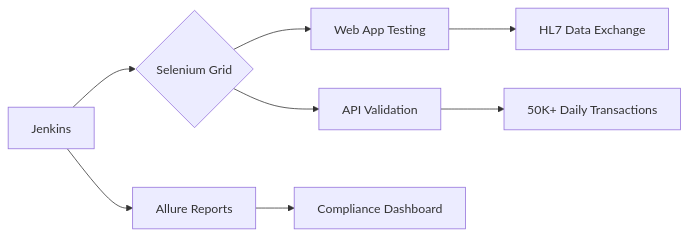
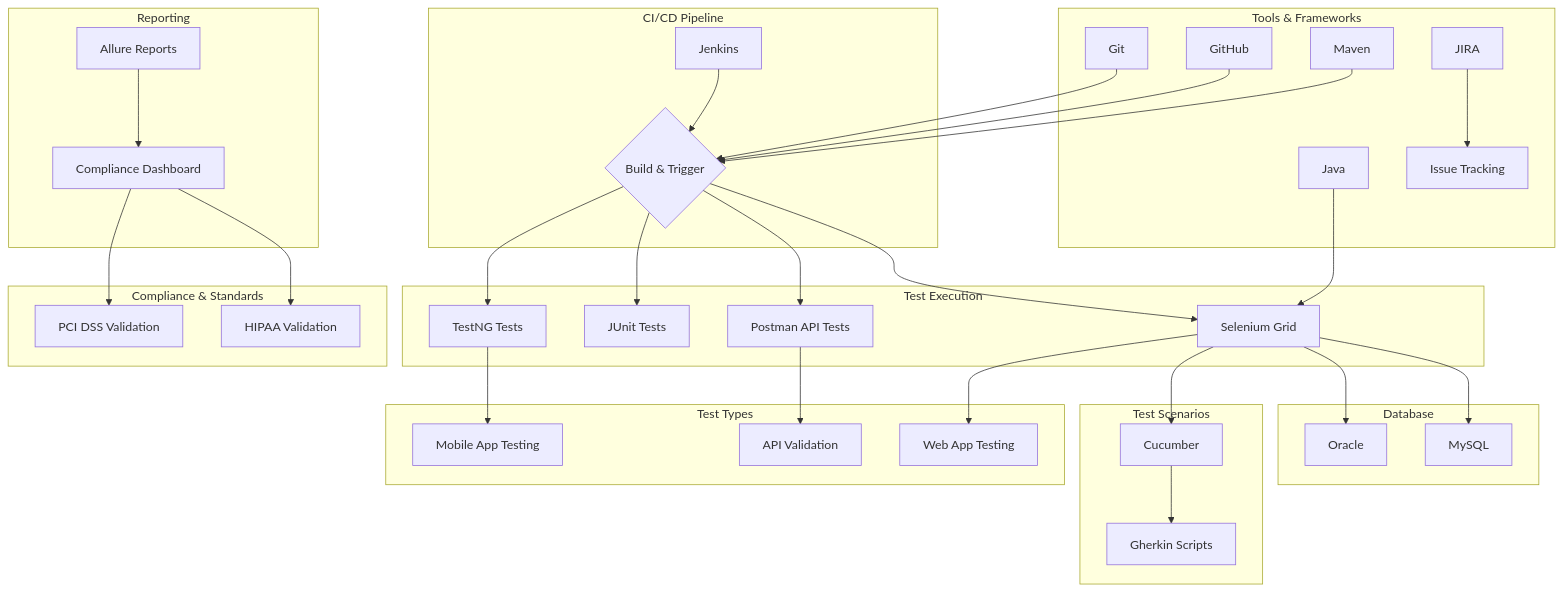
One commit to moqaddas/Moqaddas changed the first of 2 diagrams in README.md. Above: the diagram before and after it, drawn with Mermaid. The commit also changed other lines of this file, not shown here.

````diff
--- a/README.md
+++ b/README.md
@@ -151,10 +152,54 @@
 ```mermaid
-graph LR
-  A[Jenkins] --> B{Selenium Grid}
-  B --> C[Web App Testing]
-  B --> D[API Validation]
-  A --> E[Allure Reports]
-  E --> F[Compliance Dashboard]
-  C --> G[HL7 Data Exchange]
-  D --> H[50K+ Daily Transactions]
+graph TD
+  subgraph CI/CD Pipeline
+    A[Jenkins] --> B{Build & Trigger}
+  end
+  
+  subgraph Test Execution
+    B --> C[Selenium Grid]
+    B --> D[Postman API Tests]
+    B --> E[JUnit Tests]
+    B --> F[TestNG Tests]
+  end
+  
+  subgraph Reporting
+    G[Allure Reports] --> H[Compliance Dashboard]
+  end
+  
+  subgraph Database
+    I[MySQL]
+    J[Oracle]
+    C --> I
+    C --> J
+  end
+  
+  subgraph Tools & Frameworks
+    K[Java] --> C
+    L[Git] --> B
+    M[GitHub] --> B
+    N[Maven] --> B
+    O[JIRA] --> P[Issue Tracking]
+  end
+  
+  subgraph Compliance & Standards
+    Q[HIPAA Validation]
+    R[PCI DSS Validation]
+    H --> Q
+    H --> R
+  end
+  
+  subgraph Test Scenarios
+    S[Cucumber] --> T[Gherkin Scripts]
+    C --> S
+  end
+  
+  subgraph Test Types
+    U[Web App Testing]
+    V[API Validation]
+    W[Mobile App Testing]
+    C --> U
+    D --> V
+    F --> W
+  end
+
 ```
````
